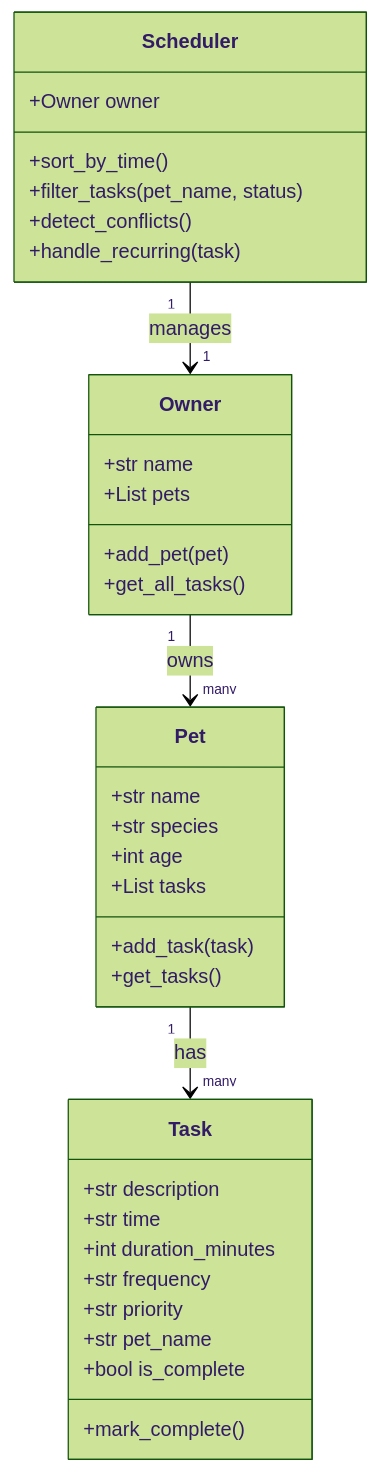
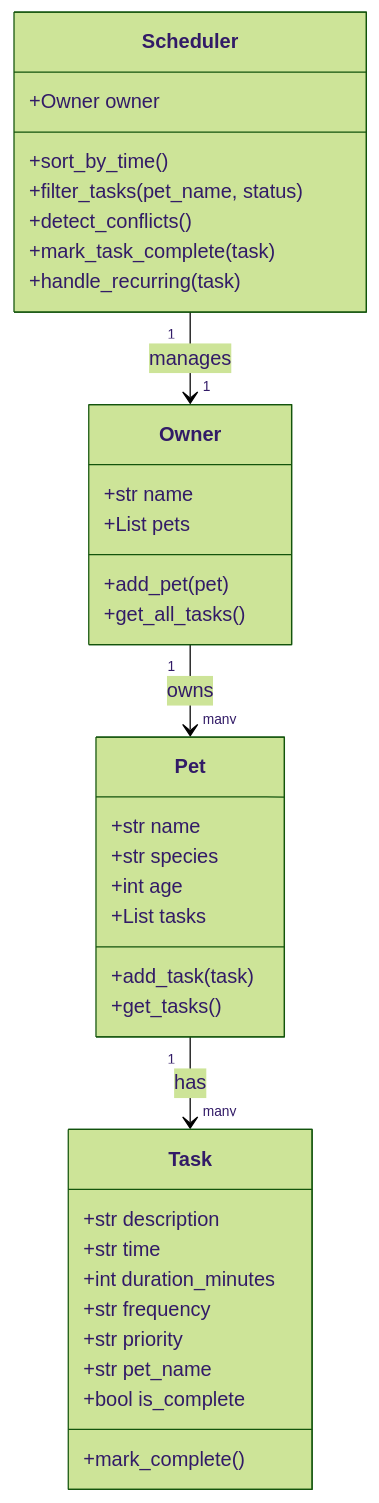
The diagram in reflection.md (sewy777/ai110-module2show-pawpal-starter), drawn with Mermaid (forest theme) before and after one commit. The commit also changed other lines of this file and 3 other files, not shown here.

Commit message:
feat: UI polish, final UML, README features, and completed reflection

````diff
--- a/reflection.md
+++ b/reflection.md
@@ -23,41 +23,42 @@
 ```mermaid
 classDiagram
     class Task {
         +str description
         +str time
         +int duration_minutes
         +str frequency
         +str priority
         +str pet_name
         +bool is_complete
         +mark_complete()
     }
 
     class Pet {
         +str name
         +str species
         +int age
         +List tasks
         +add_task(task)
         +get_tasks()
     }
 
     class Owner {
         +str name
         +List pets
         +add_pet(pet)
         +get_all_tasks()
     }
 
     class Scheduler {
         +Owner owner
         +sort_by_time()
         +filter_tasks(pet_name, status)
         +detect_conflicts()
+        +mark_task_complete(task)
         +handle_recurring(task)
     }
 
     Pet "1" --> "many" Task : has
     Owner "1" --> "many" Pet : owns
     Scheduler "1" --> "1" Owner : manages
 ```
````
